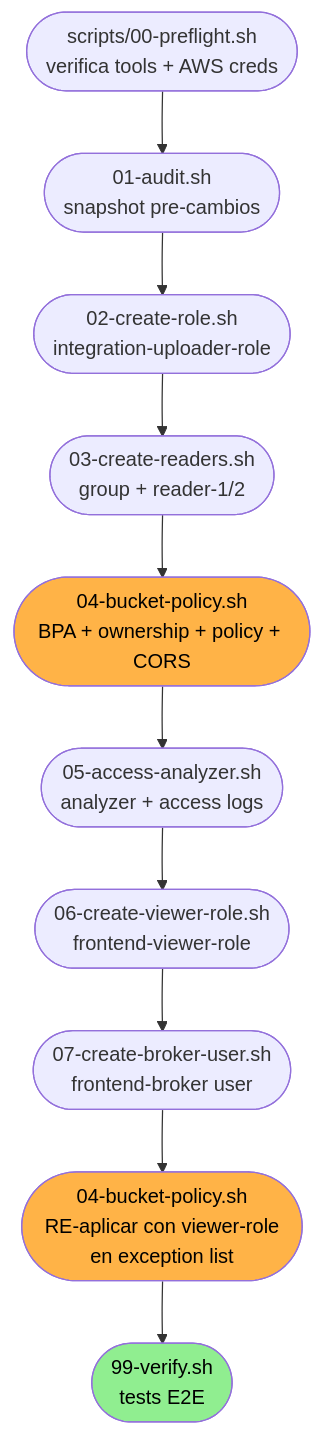
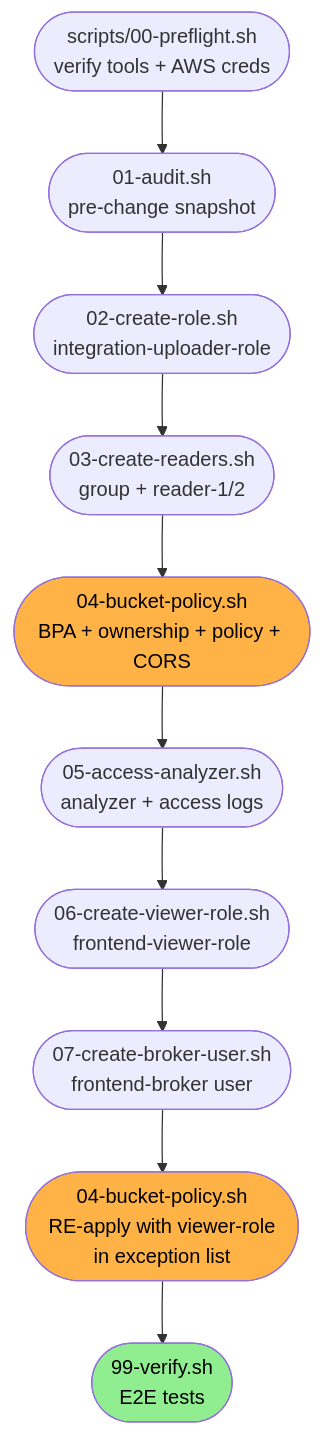
One commit to jorgetrad99/s3-crud-verato-test1 changed the fifth of 5 diagrams in README.md. Above: the diagram before and after it, drawn with Mermaid. The commit also changed other lines of this file and 1 other file, not shown here.

````diff
--- a/README.md
+++ b/README.md
@@ -362,18 +372,18 @@
 ```mermaid
 flowchart TD
-    PRE([scripts/00-preflight.sh<br/>verifica tools + AWS creds]) --> AUDIT
-    AUDIT([01-audit.sh<br/>snapshot pre-cambios]) --> ROLE
+    PRE([scripts/00-preflight.sh<br/>verify tools + AWS creds]) --> AUDIT
+    AUDIT([01-audit.sh<br/>pre-change snapshot]) --> ROLE
     ROLE([02-create-role.sh<br/>integration-uploader-role]) --> READERS
     READERS([03-create-readers.sh<br/>group + reader-1/2]) --> POLICY
     POLICY([04-bucket-policy.sh<br/>BPA + ownership + policy + CORS]) --> ANALYZER
     ANALYZER([05-access-analyzer.sh<br/>analyzer + access logs]) --> VIEWER
     VIEWER([06-create-viewer-role.sh<br/>frontend-viewer-role]) --> BROKER
     BROKER([07-create-broker-user.sh<br/>frontend-broker user]) --> APPLY
-    APPLY([04-bucket-policy.sh<br/>RE-aplicar con viewer-role<br/>en exception list])
+    APPLY([04-bucket-policy.sh<br/>RE-apply with viewer-role<br/>in exception list])
     APPLY --> VERIFY
-    VERIFY([99-verify.sh<br/>tests E2E])
+    VERIFY([99-verify.sh<br/>E2E tests])
 
     style POLICY fill:#FFB347,color:#000
     style APPLY fill:#FFB347,color:#000
     style VERIFY fill:#90EE90,color:#000
 ```
````
